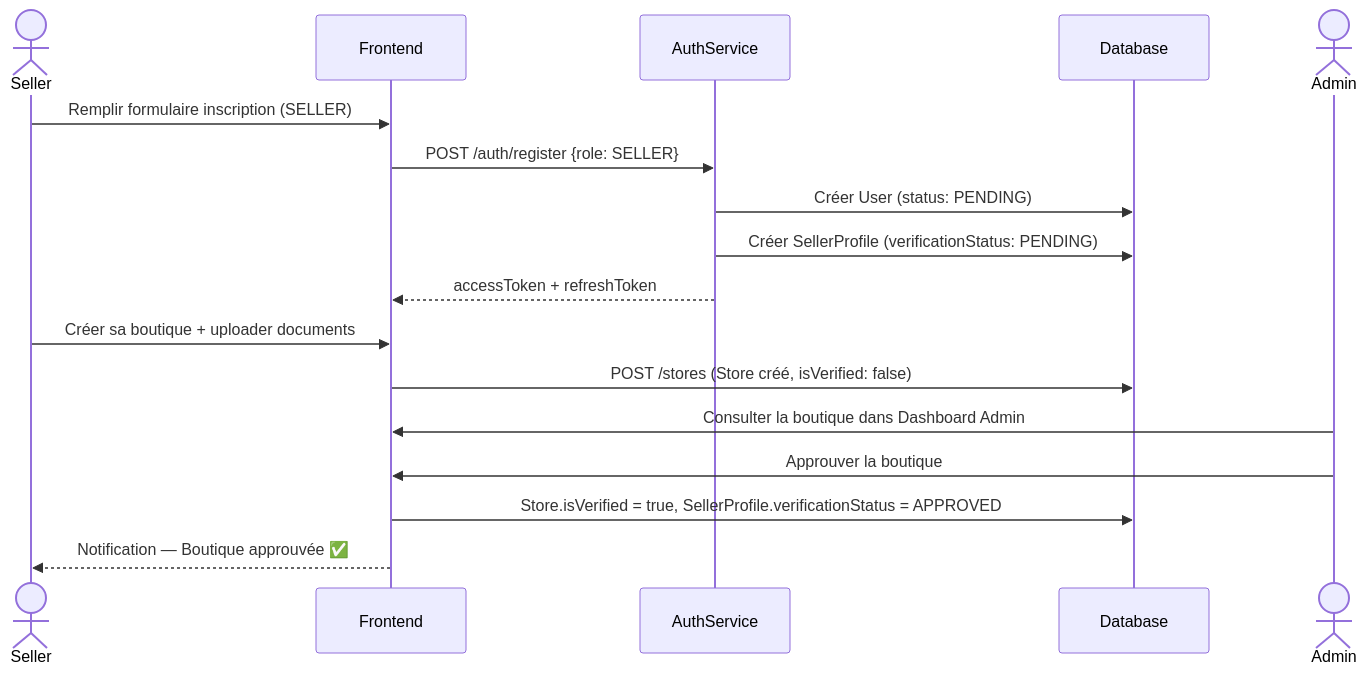
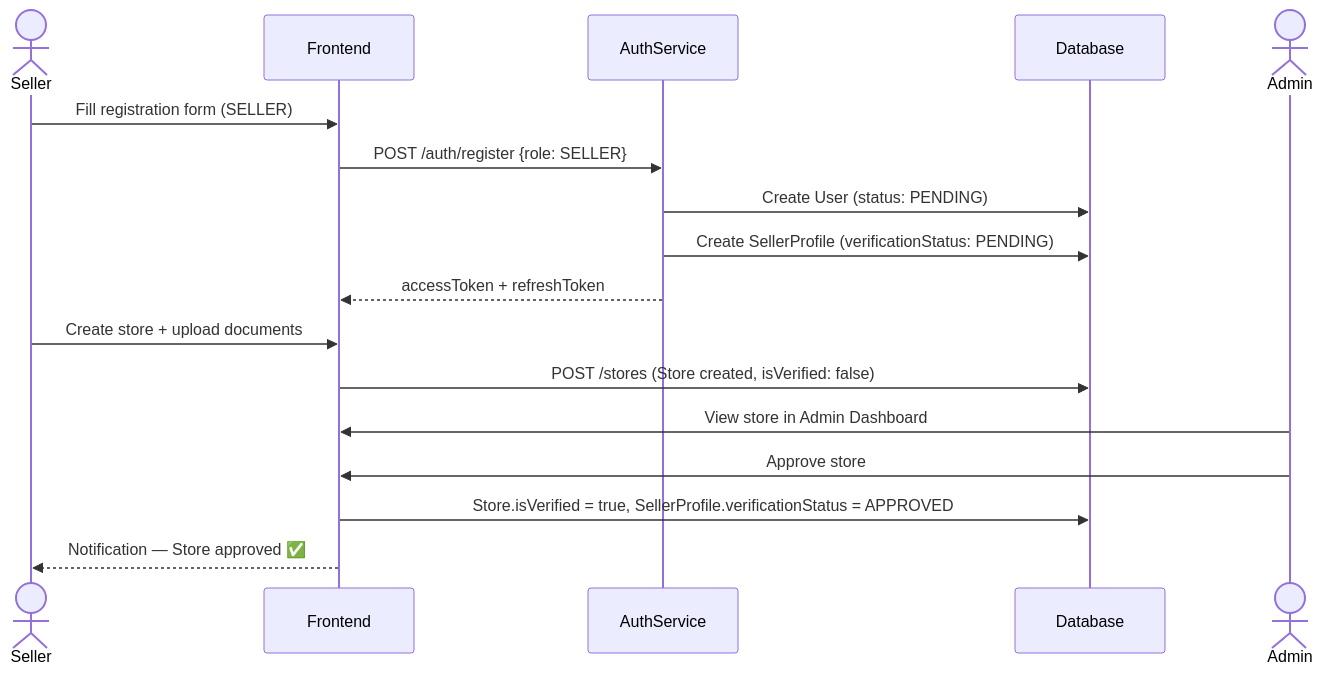
One commit to tayeb736/prohect12 changed the third of 7 diagrams in presentation_medishop.md. Above: the diagram before and after it, drawn with Mermaid. The commit also changed other lines of this file and 5 other files, not shown here.

````diff
--- a/presentation_medishop.md
+++ b/presentation_medishop.md
@@ -640,22 +86,22 @@
 ```mermaid
 sequenceDiagram
   actor Seller
   participant Frontend
   participant AuthService
   participant Database
   actor Admin
 
-  Seller->>Frontend: Remplir formulaire inscription (SELLER)
+  Seller->>Frontend: Fill registration form (SELLER)
   Frontend->>AuthService: POST /auth/register {role: SELLER}
-  AuthService->>Database: Créer User (status: PENDING)
-  AuthService->>Database: Créer SellerProfile (verificationStatus: PENDING)
+  AuthService->>Database: Create User (status: PENDING)
+  AuthService->>Database: Create SellerProfile (verificationStatus: PENDING)
   AuthService-->>Frontend: accessToken + refreshToken
   
-  Seller->>Frontend: Créer sa boutique + uploader documents
-  Frontend->>Database: POST /stores (Store créé, isVerified: false)
+  Seller->>Frontend: Create store + upload documents
+  Frontend->>Database: POST /stores (Store created, isVerified: false)
   
-  Admin->>Frontend: Consulter la boutique dans Dashboard Admin
-  Admin->>Frontend: Approuver la boutique
+  Admin->>Frontend: View store in Admin Dashboard
+  Admin->>Frontend: Approve store
   Frontend->>Database: Store.isVerified = true, SellerProfile.verificationStatus = APPROVED
-  Frontend-->>Seller: Notification — Boutique approuvée ✅
+  Frontend-->>Seller: Notification — Store approved ✅
 ```
````
